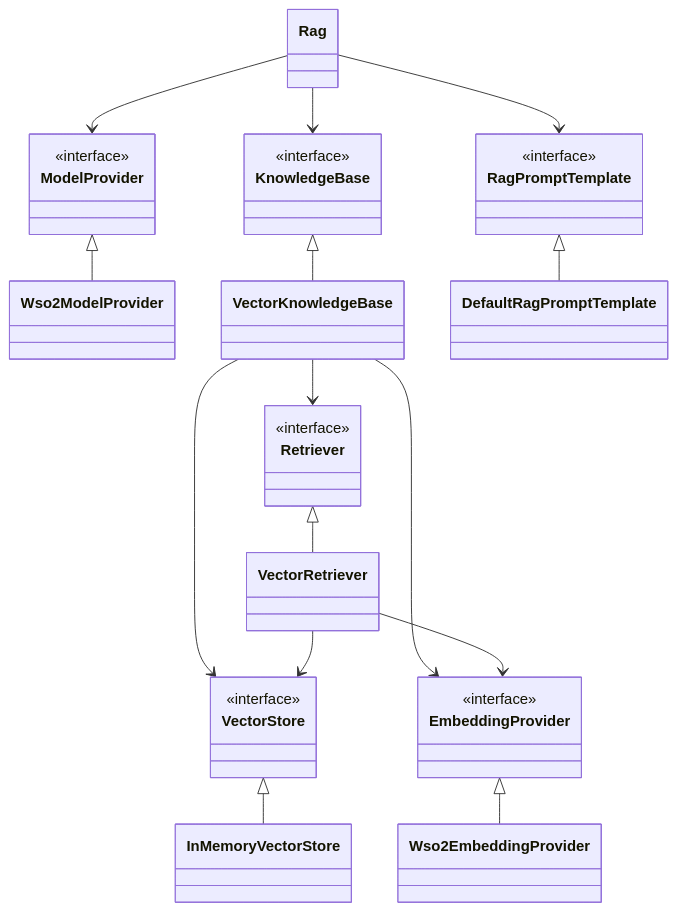
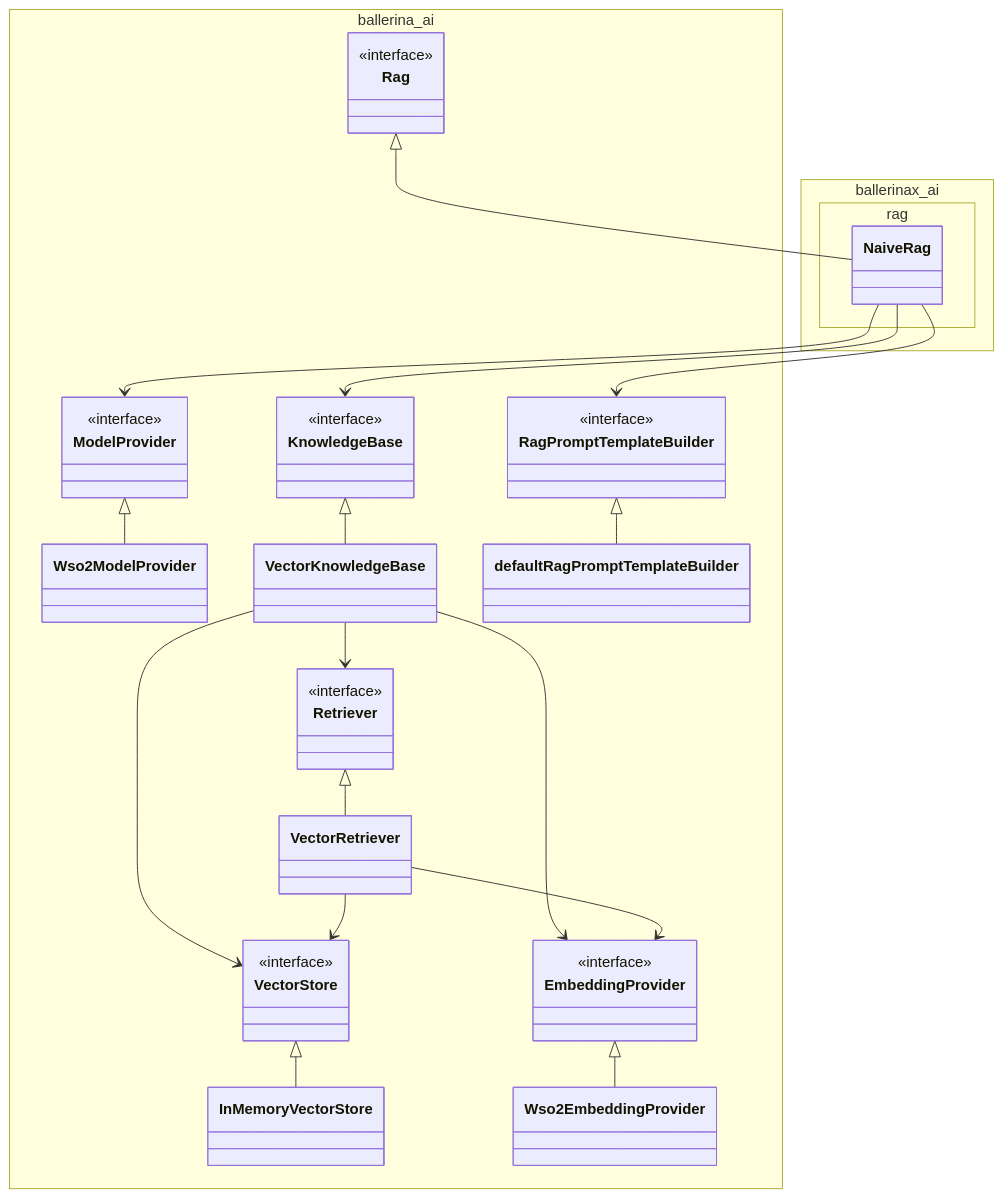
The diagram in stdlib/proposals/ai/abstractions_for_retrieval_augmented_generation_in_ballerina.md (ballerina-platform/ballerina-spec), drawn with Mermaid before and after one commit. The commit also changed other lines of this file, not shown here.

Commit message:
Update RAG proposal

````diff
--- a/stdlib/proposals/ai/abstractions_for_retrieval_augmented_generation_in_ballerina.md
+++ b/stdlib/proposals/ai/abstractions_for_retrieval_augmented_generation_in_ballerina.md
@@ -453,47 +671,56 @@
 ```mermaid
 classDiagram
-    class Rag
+namespace ballerina_ai {
+    class Rag {
+        <<interface>>
+    }
     class ModelProvider {
         <<interface>>
     }
     class KnowledgeBase {
         <<interface>>
     }
-    class RagPromptTemplate {
+    class RagPromptTemplateBuilder {
         <<interface>>
     }
     class Wso2ModelProvider
     class VectorKnowledgeBase
-    class DefaultRagPromptTemplate
+    class defaultRagPromptTemplateBuilder
     class VectorStore {
         <<interface>>
     }
     class InMemoryVectorStore
     class EmbeddingProvider {
         <<interface>>
     }
     class Wso2EmbeddingProvider
     class Retriever {
         <<interface>>
     }
     class VectorRetriever
+}
 
-    Rag --> ModelProvider
-    Rag --> KnowledgeBase
-    Rag --> RagPromptTemplate
+namespace ballerinax_ai.rag {
+    class NaiveRag
+}
 
-    ModelProvider <|-- Wso2ModelProvider
-    KnowledgeBase <|-- VectorKnowledgeBase
-    RagPromptTemplate <|-- DefaultRagPromptTemplate
+ModelProvider <|-- Wso2ModelProvider
+KnowledgeBase <|-- VectorKnowledgeBase
+RagPromptTemplateBuilder <|-- defaultRagPromptTemplateBuilder
 
-    VectorKnowledgeBase --> VectorStore
-    VectorKnowledgeBase --> EmbeddingProvider
-    VectorKnowledgeBase --> Retriever
+VectorKnowledgeBase --> VectorStore
+VectorKnowledgeBase --> EmbeddingProvider
+VectorKnowledgeBase --> Retriever
 
-    VectorStore <|-- InMemoryVectorStore
-    EmbeddingProvider <|-- Wso2EmbeddingProvider
-    Retriever <|-- VectorRetriever
+VectorStore <|-- InMemoryVectorStore
+EmbeddingProvider <|-- Wso2EmbeddingProvider
+Retriever <|-- VectorRetriever
 
-   VectorRetriever --> VectorStore
-   VectorRetriever --> EmbeddingProvider
+VectorRetriever --> VectorStore
+VectorRetriever --> EmbeddingProvider
+
+NaiveRag --> ModelProvider
+NaiveRag --> KnowledgeBase
+NaiveRag --> RagPromptTemplateBuilder
+Rag <|-- NaiveRag
 ```
````
